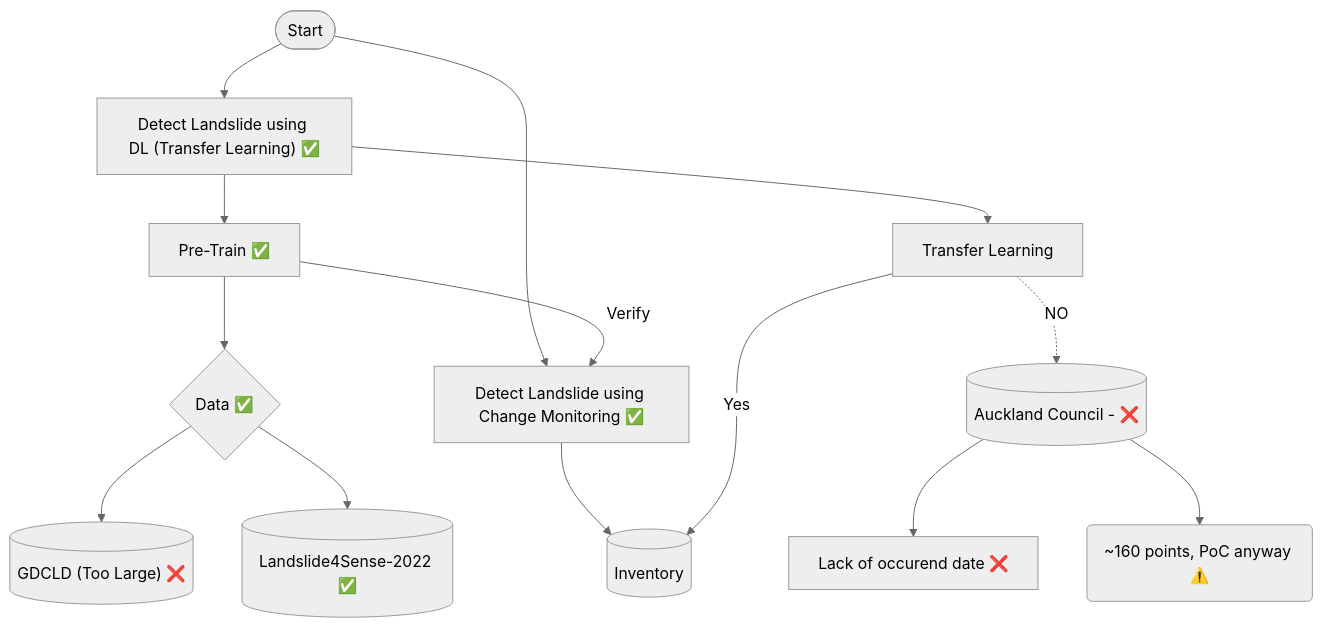
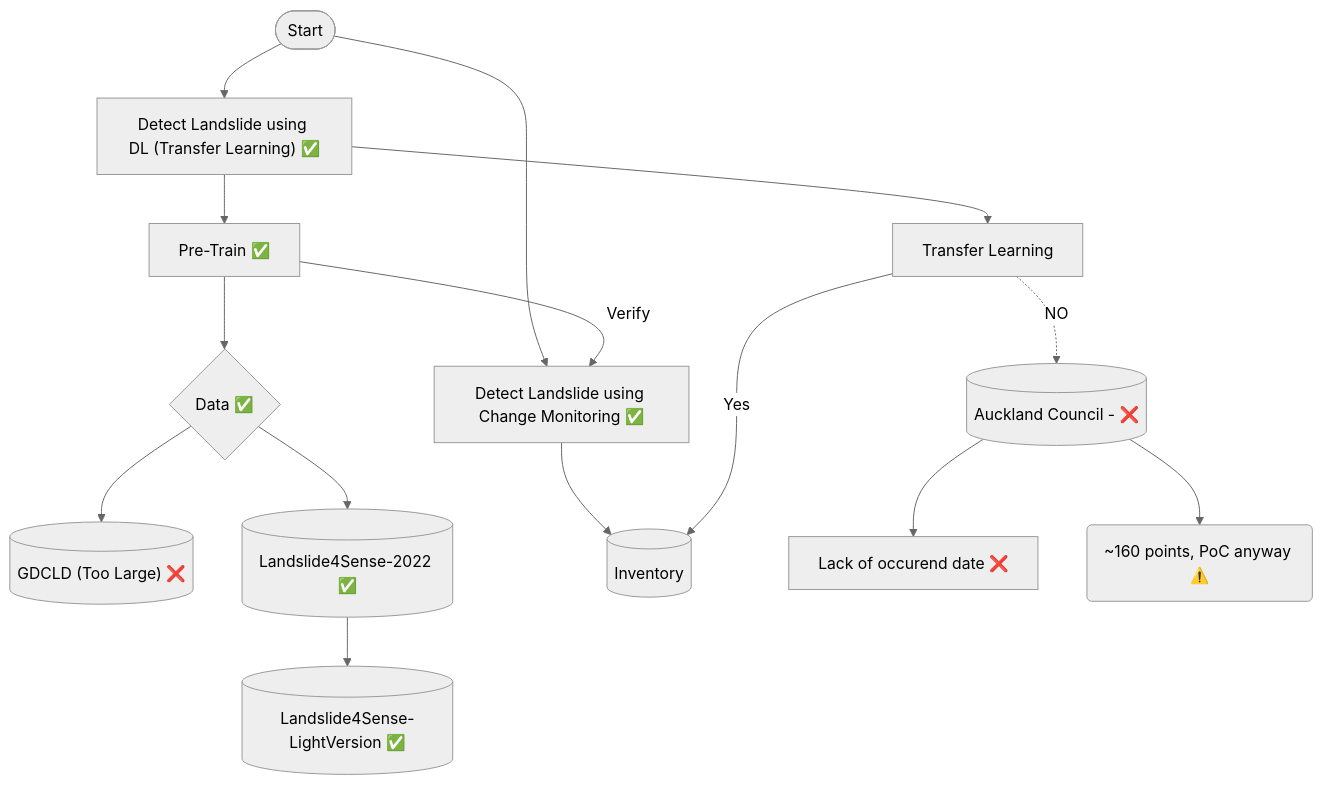
The diagram in doc/brainstorm.md (dhnhut/Landslide-DeepLearning), drawn with Mermaid (neutral theme) before and after one commit. The commit also changed 7 other files, not shown here.

````diff
--- a/doc/brainstorm.md
+++ b/doc/brainstorm.md
@@ -1,22 +1,22 @@
 ```mermaid
 flowchart TD
         A(["Start"])
         A --> P1["Detect Landslide using DL (Transfer Learning) ✅"]
         P1 --> P1_pre["Pre-Train ✅"]
         P1_pre --> P1_Pre_data{"Data ✅"} 
         P1_Pre_data --> P1_GDCLD[("GDCLD (Too Large) ❌")] 
-        P1_Pre_data --> P1_Landslide4Sense[("Landslide4Sense-2022 ✅")] 
-        
+        P1_Pre_data --> P1_Landslide4Sense[("Landslide4Sense-2022 ✅")]
+        P1_Landslide4Sense --> LightVersion[("Landslide4Sense-LightVersion ✅")]
 
         A --> P2["Detect Landslide using Change Monitoring ✅"]
 
         P2 --> Inventory[("Inventory")]
         P1_pre -- Verify --> P2
 
         P1 --> P1_train["Transfer Learning"]
         P1_train -. NO .-> NoTrain[("Auckland Council - ❌")]
         NoTrain --> Lack["Lack of occurend date ❌"]
         NoTrain --> LimitTrain("~160 points, PoC anyway ⚠️")
 
         P1_train -- Yes --> Inventory
 ```
````
